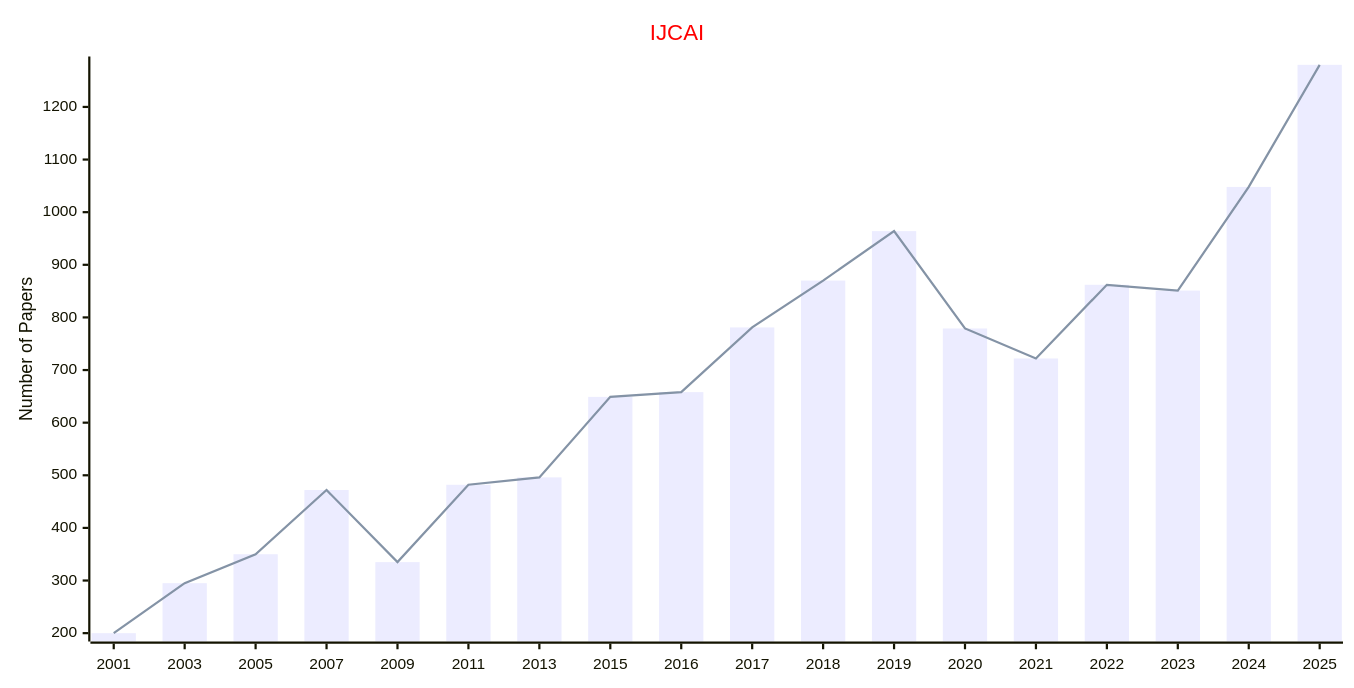
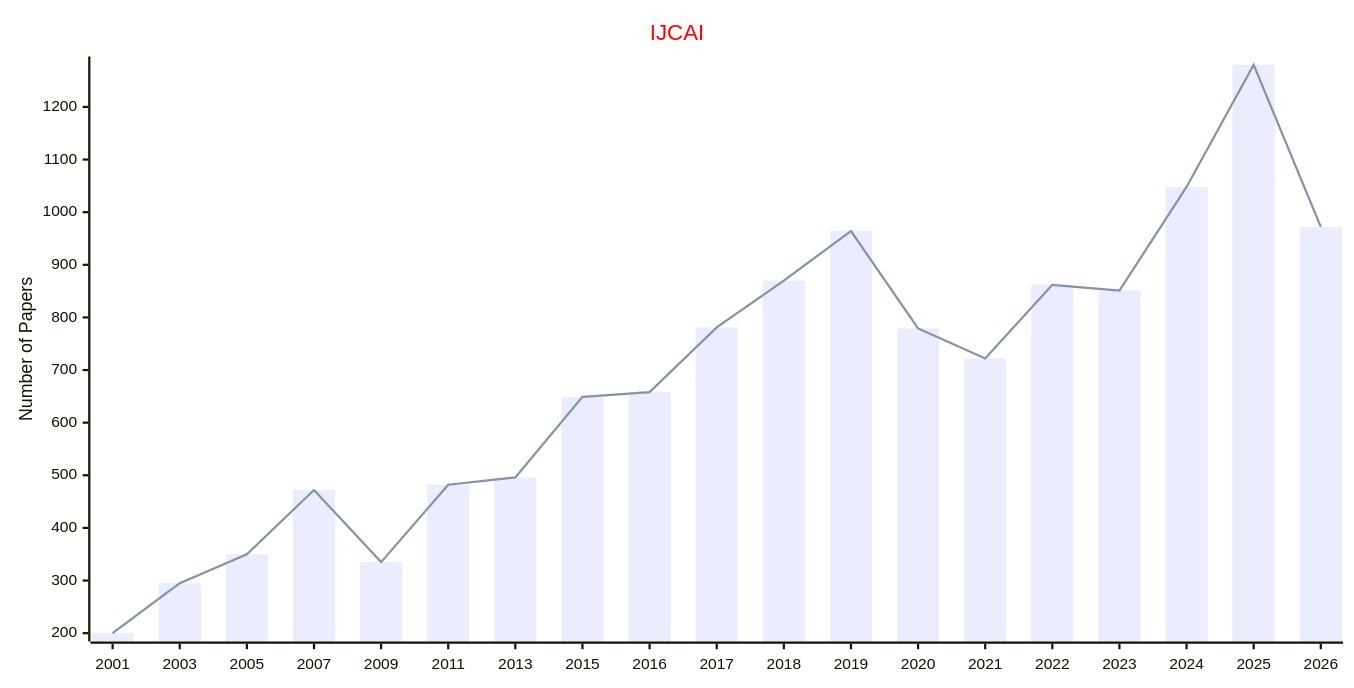
One commit to Easy-PhD/AILinks changed the third of 5 diagrams in docs/data/Conferences/Publishers_Conferences/OPEN.md. Above: the diagram before and after it, drawn with Mermaid. The commit also changed 14 other files, not shown here.

````diff
--- a/docs/data/Conferences/Publishers_Conferences/OPEN.md
+++ b/docs/data/Conferences/Publishers_Conferences/OPEN.md
@@ -93,17 +93,17 @@
 ```mermaid
 ---
 config:
     xyChart:
         width: 1200
         height: 600
     themeVariables:
         xyChart:
             titleColor: "#ff0000"
 ---
 xychart-beta
     title "IJCAI"
-    x-axis [2001, 2003, 2005, 2007, 2009, 2011, 2013, 2015, 2016, 2017, 2018, 2019, 2020, 2021, 2022, 2023, 2024, 2025]
+    x-axis [2001, 2003, 2005, 2007, 2009, 2011, 2013, 2015, 2016, 2017, 2018, 2019, 2020, 2021, 2022, 2023, 2024, 2025, 2026]
     y-axis "Number of Papers"
-    bar [200, 295, 350, 472, 335, 482, 496, 649, 658, 781, 870, 964, 779, 722, 862, 851, 1048, 1280]
-    line [200, 295, 350, 472, 335, 482, 496, 649, 658, 781, 870, 964, 779, 722, 862, 851, 1048, 1280]
+    bar [200, 295, 350, 472, 335, 482, 496, 649, 658, 781, 870, 964, 779, 722, 862, 851, 1048, 1280, 972]
+    line [200, 295, 350, 472, 335, 482, 496, 649, 658, 781, 870, 964, 779, 722, 862, 851, 1048, 1280, 972]
 ```
````
